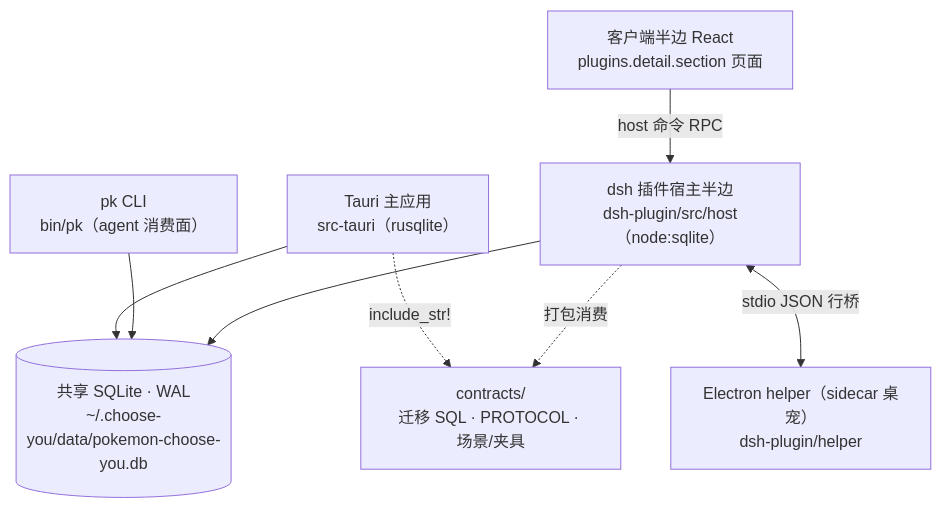
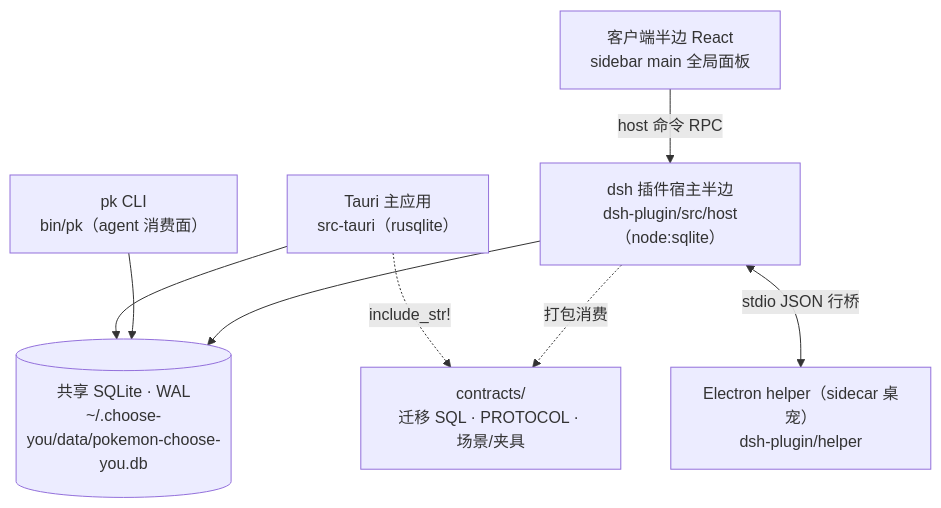
The diagram in docs/ARCHITECTURE.md (Jo0OCTsai/pokemon-choose-you), drawn with Mermaid before and after one commit. The commit also changed other lines of this file and 186 other files, not shown here.

````diff
--- a/docs/ARCHITECTURE.md
+++ b/docs/ARCHITECTURE.md
@@ -25,18 +25,18 @@
 ```mermaid
 graph TD
     APP["Tauri 主应用<br/>src-tauri（rusqlite）"]
     PK["pk CLI<br/>bin/pk（agent 消费面）"]
     DSH["dsh 插件宿主半边<br/>dsh-plugin/src/host（node:sqlite）"]
     DB[("共享 SQLite · WAL<br/>~/.choose-you/data/pokemon-choose-you.db")]
     CONTRACTS["contracts/<br/>迁移 SQL · PROTOCOL · 场景/夹具"]
-    CLIENT["客户端半边 React<br/>plugins.detail.section 页面"]
+    CLIENT["客户端半边 React<br/>sidebar main 全局面板"]
     HELPER["Electron helper（sidecar 桌宠）<br/>dsh-plugin/helper"]
 
     APP --> DB
     PK --> DB
     DSH --> DB
     APP -. include_str! .-> CONTRACTS
     DSH -. 打包消费 .-> CONTRACTS
     CLIENT -->|host 命令 RPC| DSH
     DSH <-->|stdio JSON 行桥| HELPER
 ```
````
